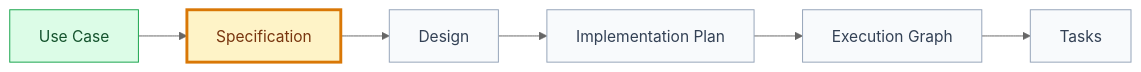
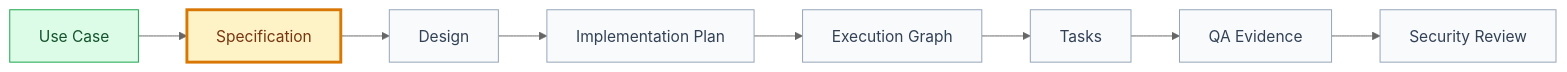
Before and after one commit to JonatasFreireDev/spec-framework: the diagram in knowledge/templates/specification-template.md, drawn with Mermaid (neutral theme). The commit also changed other lines of this file and 20 other files, not shown here.

Commit message:
Add QA evidence and security review gates

````diff
--- a/knowledge/templates/specification-template.md
+++ b/knowledge/templates/specification-template.md
@@ -39,17 +41,19 @@
 ```mermaid
 flowchart LR
   U["Use Case"] --> S["Specification"]
   S --> D["Design"]
   D --> P["Implementation Plan"]
   P --> G["Execution Graph"]
   G --> T["Tasks"]
+  T --> Q["QA Evidence"]
+  Q --> SR["Security Review"]
 
   classDef done fill:#dcfce7,stroke:#16a34a,color:#14532d;
   classDef current fill:#fef3c7,stroke:#d97706,color:#78350f,stroke-width:3px;
   classDef pending fill:#f8fafc,stroke:#94a3b8,color:#334155;
   classDef blocked fill:#fee2e2,stroke:#dc2626,color:#7f1d1d;
 
   class U done;
   class S current;
-  class D,P,G,T pending;
+  class D,P,G,T,Q,SR pending;
 ```
````
